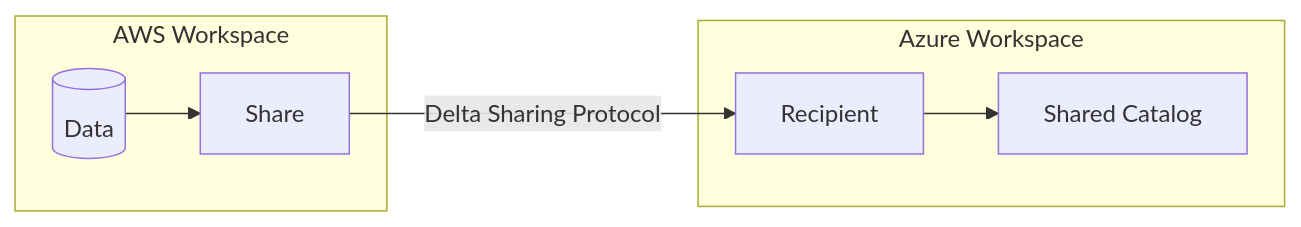
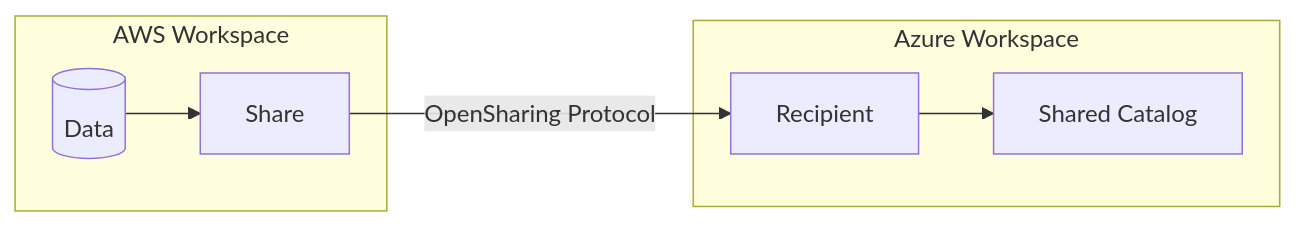
Before and after one commit to kengio/databricks-certification-study-guide: the fourth of 4 diagrams in certifications/data-engineer-professional/02-data-ingestion-and-acquisition/06-opensharing.md, drawn with Mermaid. The commit also changed other lines of this file and 54 other files, not shown here.

````diff
--- a/certifications/data-engineer-professional/02-data-ingestion-and-acquisition/06-opensharing.md
+++ b/certifications/data-engineer-professional/02-data-ingestion-and-acquisition/06-opensharing.md
@@ -417,16 +417,16 @@
 ```mermaid
 flowchart LR
     subgraph AWS["AWS Workspace"]
         AWSData[(Data)]
         AWSShare[Share]
     end
 
     subgraph Azure["Azure Workspace"]
         AzureRecipient[Recipient]
         AzureCatalog[Shared Catalog]
     end
 
     AWSData --> AWSShare
-    AWSShare --> |Delta Sharing Protocol| AzureRecipient
+    AWSShare --> |OpenSharing Protocol| AzureRecipient
     AzureRecipient --> AzureCatalog
 ```
````
